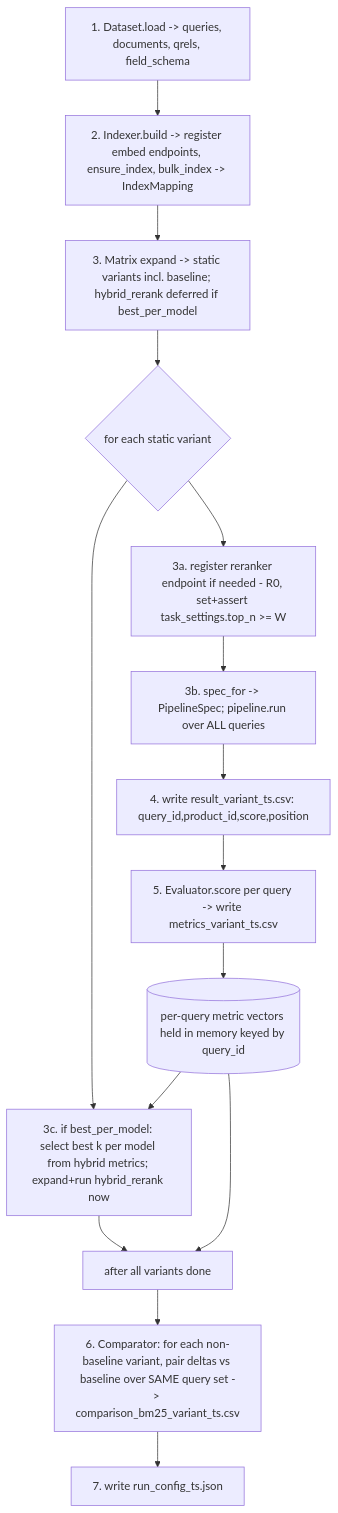
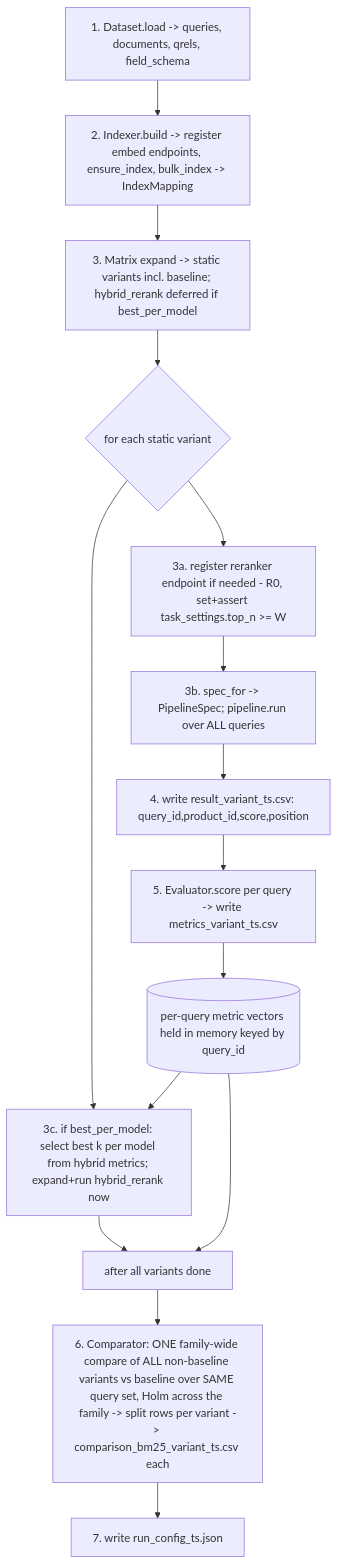
One commit to TensorOpt/search-rag-evaluation changed the fourth of 4 diagrams in docs/experiment.md. Above: the diagram before and after it, drawn with Mermaid. The commit also changed other lines of this file and 4 other files, not shown here.

````diff
--- a/docs/experiment.md
+++ b/docs/experiment.md
@@ -517,17 +517,17 @@
 ```mermaid
 flowchart TD
   A[1. Dataset.load -> queries, documents, qrels, field_schema] --> B[2. Indexer.build -> register embed endpoints, ensure_index, bulk_index -> IndexMapping]
   B --> C[3. Matrix expand -> static variants incl. baseline; hybrid_rerank deferred if best_per_model]
   C --> D{for each static variant}
   D --> E[3a. register reranker endpoint if needed - R0, set+assert task_settings.top_n >= W]
   E --> F[3b. spec_for -> PipelineSpec; pipeline.run over ALL queries]
   F --> G[4. write result_variant_ts.csv: query_id,product_id,score,position]
   G --> H[5. Evaluator.score per query -> write metrics_variant_ts.csv]
   H --> I[(per-query metric vectors held in memory keyed by query_id)]
   D --> P[3c. if best_per_model: select best k per model from hybrid metrics; expand+run hybrid_rerank now]
   I --> P
   P --> J[after all variants done]
   I --> J
-  J --> K[6. Comparator: for each non-baseline variant, pair deltas vs baseline over SAME query set -> comparison_bm25_variant_ts.csv]
+  J --> K[6. Comparator: ONE family-wide compare of ALL non-baseline variants vs baseline over SAME query set, Holm across the family -> split rows per variant -> comparison_bm25_variant_ts.csv each]
   K --> L[7. write run_config_ts.json]
 ```
````
